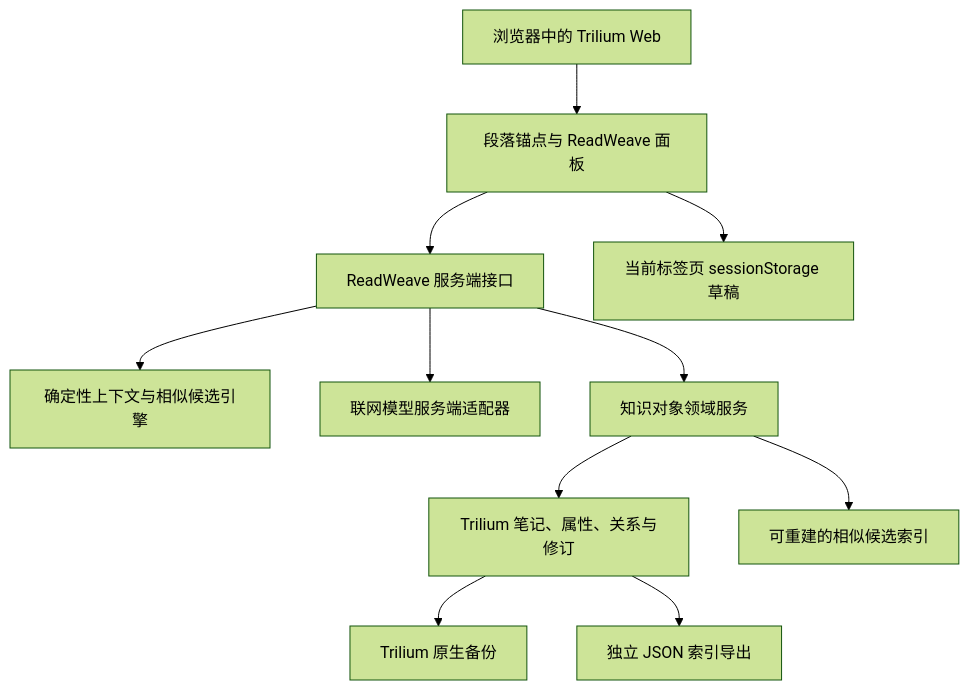
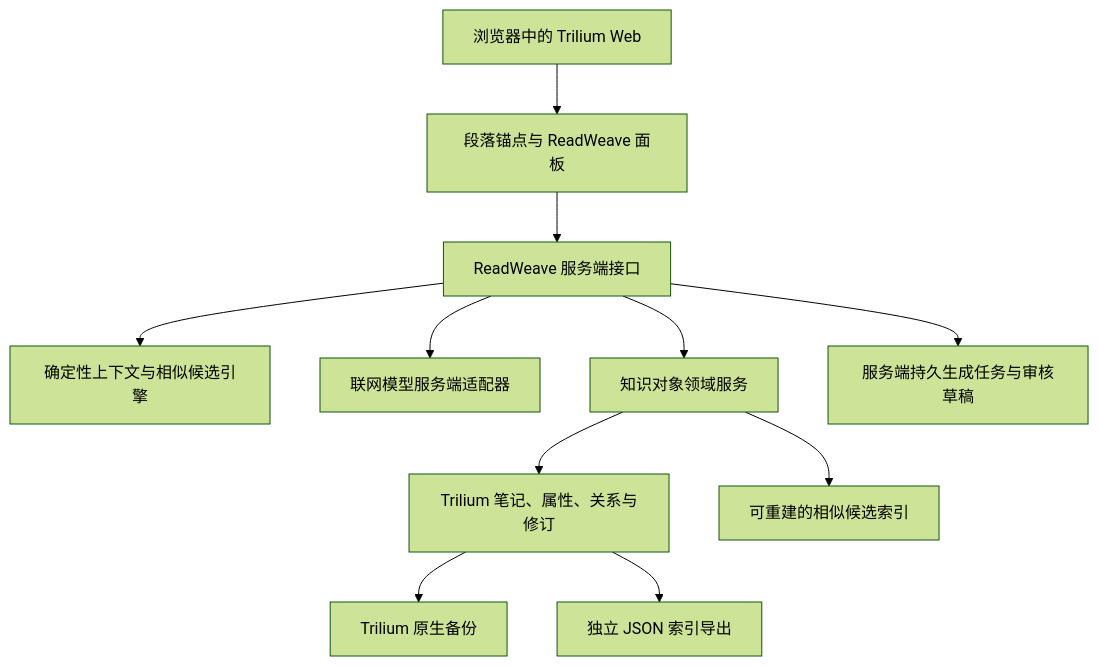
One commit to AIALRA-0/ReadWeave changed the second of 2 diagrams in README.md. Above: the diagram before and after it, drawn with Mermaid (forest theme). The commit also changed other lines of this file and 3449 other files, not shown here.

````diff
--- a/README.md
+++ b/README.md
@@ -108,14 +108,14 @@
 ```mermaid
 %% ReadWeave 在 Trilium Web、服务端、数据和模型之间的边界
 flowchart TB
     Browser[浏览器中的 Trilium Web] --> Panel[段落锚点与 ReadWeave 面板]
     Panel --> API[ReadWeave 服务端接口]
     API --> Engine[确定性上下文与相似候选引擎]
     API --> Provider[联网模型服务端适配器]
     API --> Domain[知识对象领域服务]
     Domain --> Truth[Trilium 笔记、属性、关系与修订]
     Domain --> Derived[可重建的相似候选索引]
-    Panel --> Draft[当前标签页 sessionStorage 草稿]
+    API --> Draft[服务端持久生成任务与审核草稿]
     Truth --> Backup[Trilium 原生备份]
     Truth --> Export[独立 JSON 索引导出]
 ```
````
